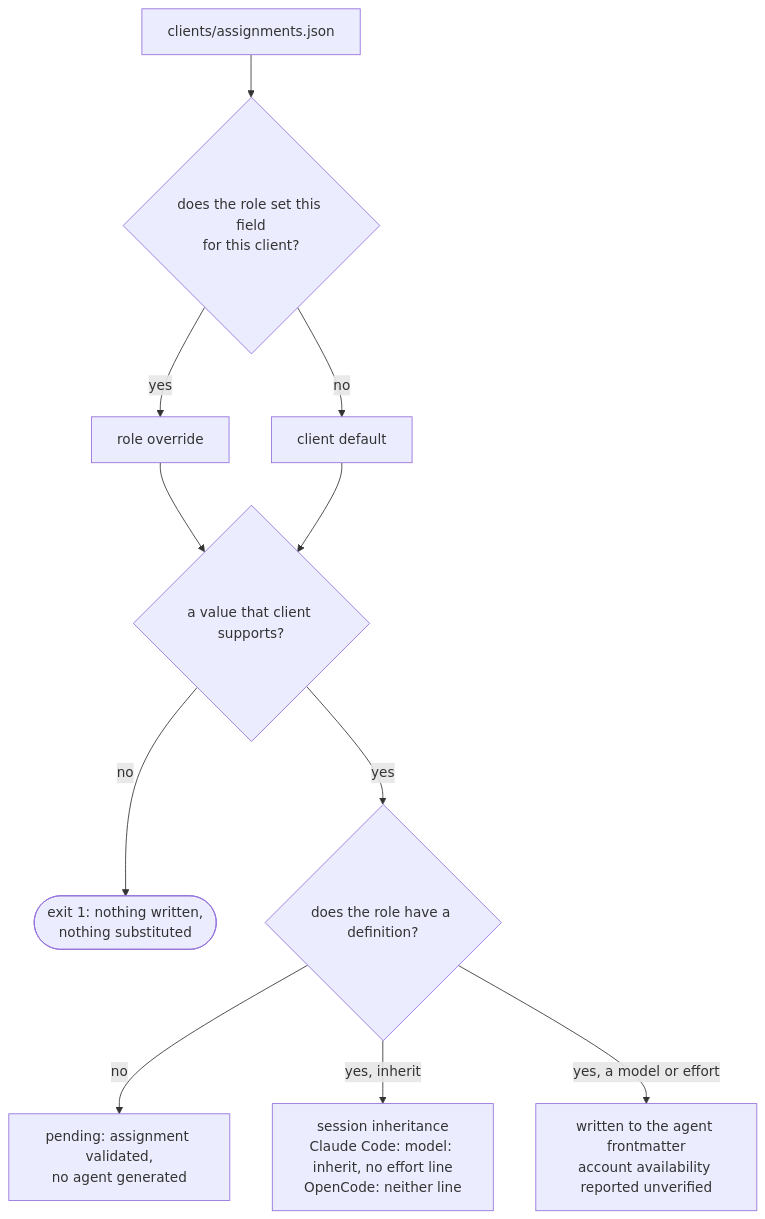
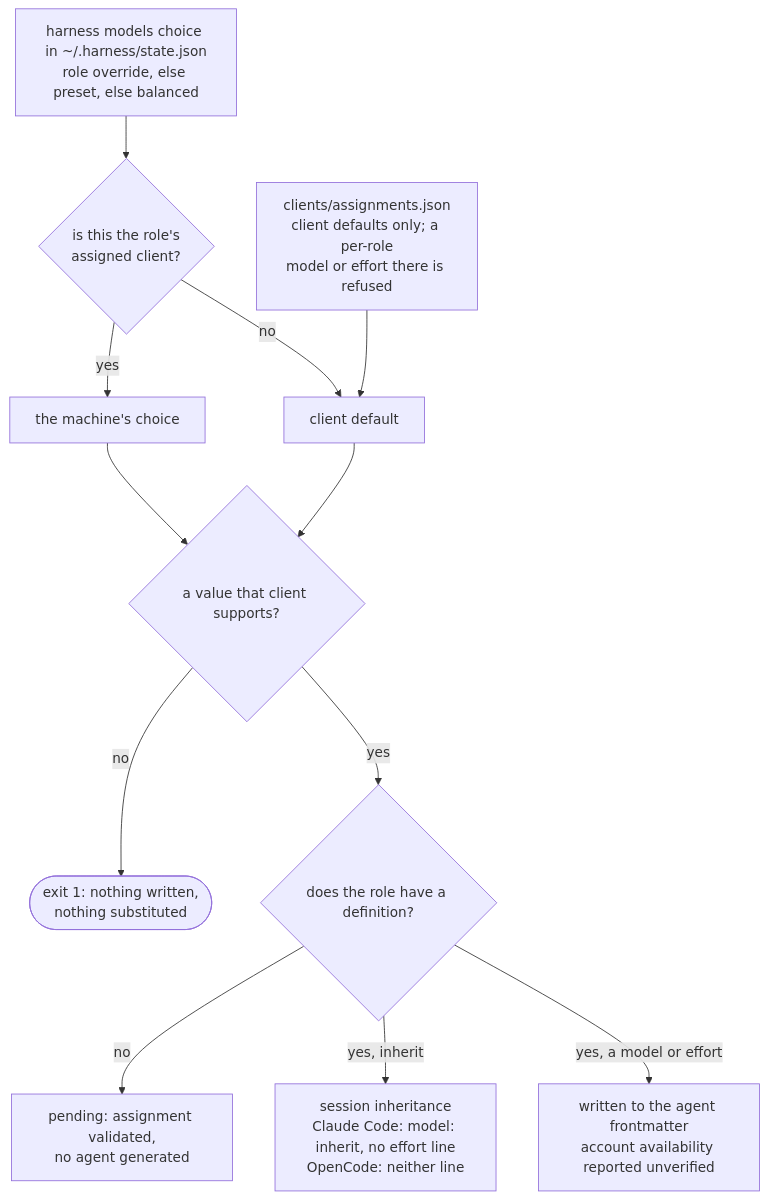
The third of 4 diagrams in README.md (jvillegasd/harness), drawn with Mermaid before and after one commit. The commit also changed other lines of this file, not shown here.

First line of the commit message:
docs(readme): sync mermaid diagrams (#116)

````diff
--- a/README.md
+++ b/README.md
@@ -169,13 +172,14 @@
 ```mermaid
 flowchart TD
-    config["clients/assignments.json"] --> role{"does the role set this field<br>for this client?"}
-    role -->|yes| override["role override"]
+    choice["harness models choice in ~/.harness/state.json<br>role override, else preset, else balanced"] --> role{"is this the role's<br>assigned client?"}
+    config["clients/assignments.json<br>client defaults only; a per-role<br>model or effort there is refused"] --> default
+    role -->|yes| override["the machine's choice"]
     role -->|no| default["client default"]
     override --> supported{"a value that client supports?"}
     default --> supported
     supported -->|no| refused(["exit 1: nothing written,<br>nothing substituted"])
     supported -->|yes| defined{"does the role have a definition?"}
     defined -->|no| pending["pending: assignment validated,<br>no agent generated"]
     defined -->|yes, inherit| session["session inheritance<br>Claude Code: model: inherit, no effort line<br>OpenCode: neither line"]
     defined -->|yes, a model or effort| written["written to the agent frontmatter<br>account availability reported unverified"]
 ```
````
